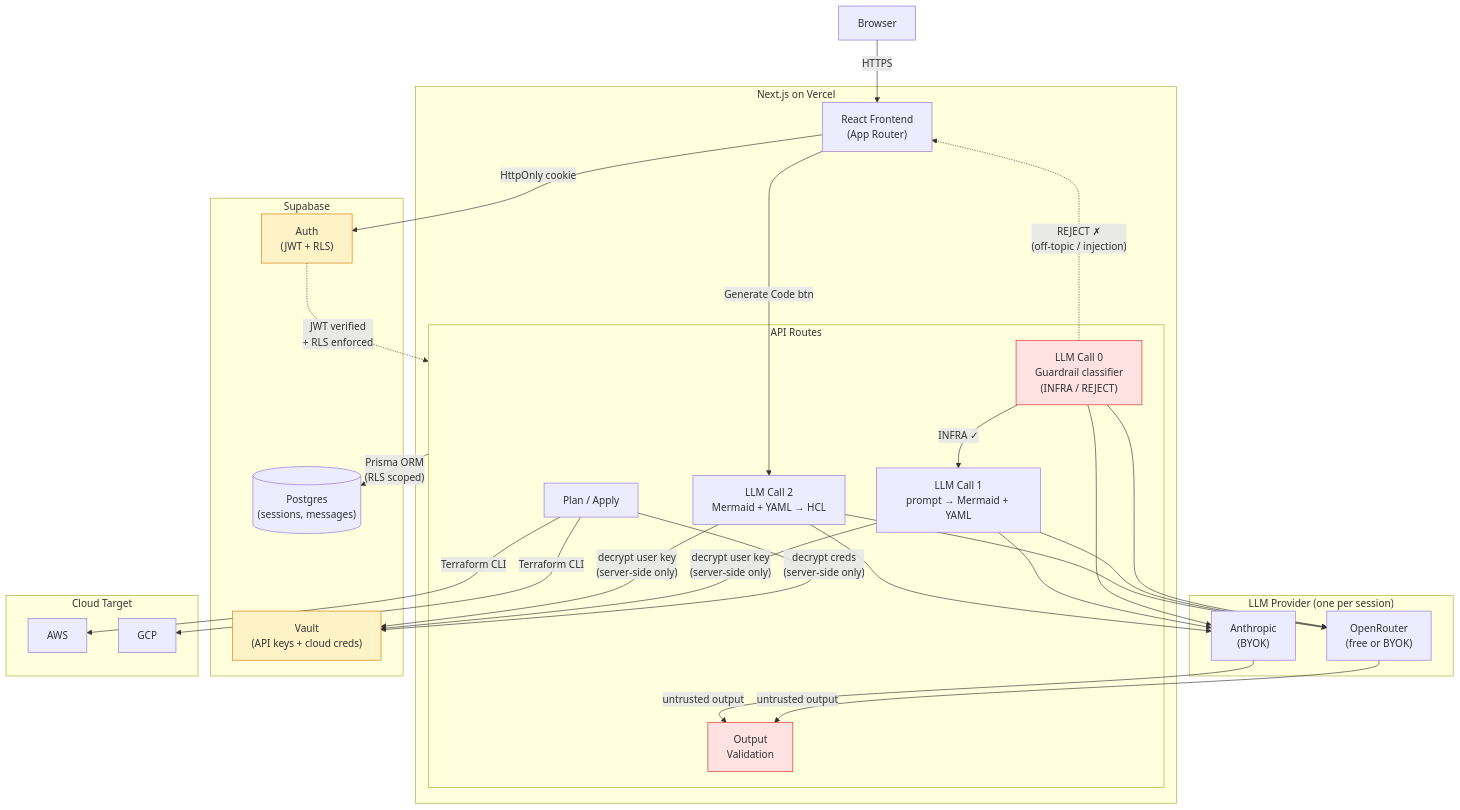
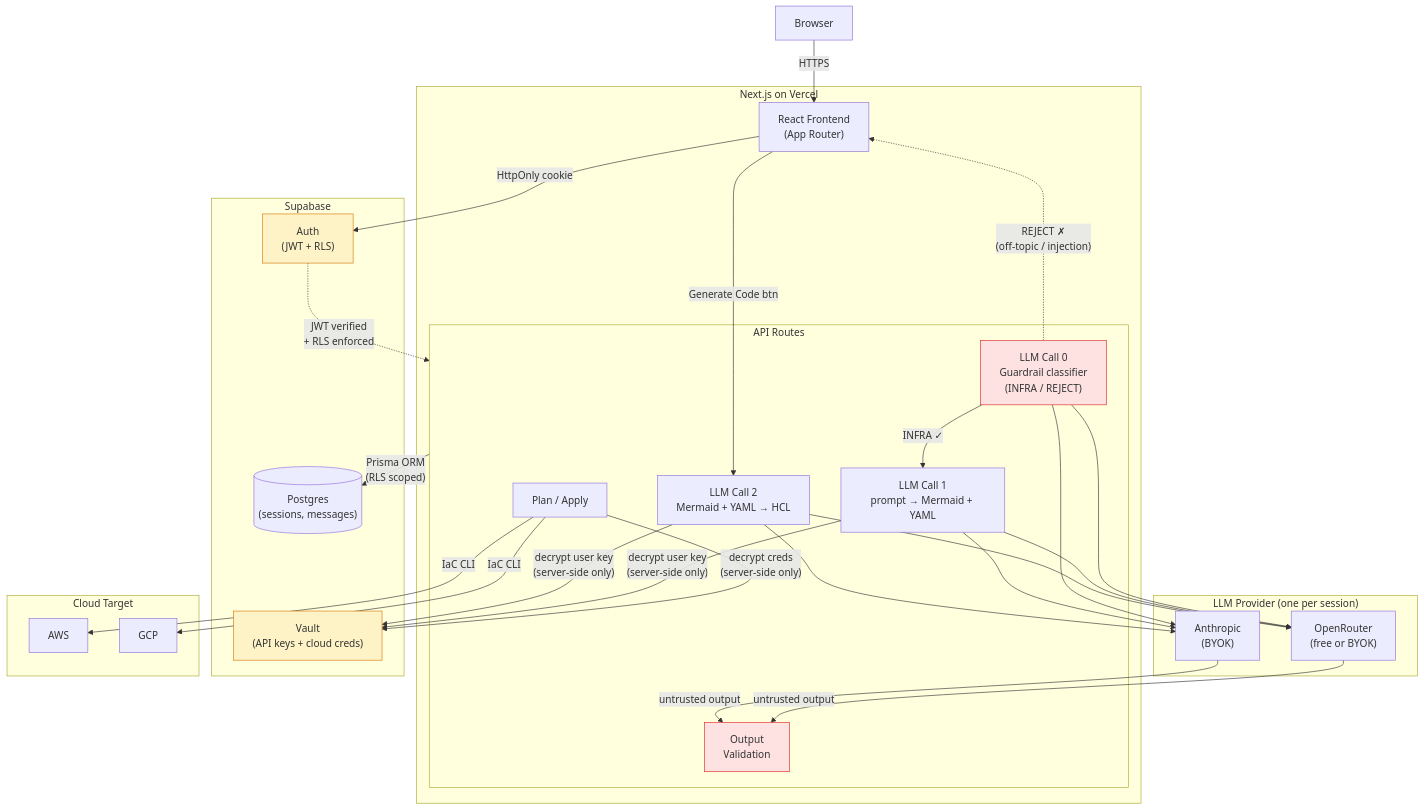
One commit to tttennnnn/conjure changed the diagram in README.md. Above: the diagram before and after it, drawn with Mermaid. The commit also changed other lines of this file and 3 other files, not shown here.

````diff
--- a/README.md
+++ b/README.md
@@ -67,52 +67,52 @@
 ```mermaid
 graph TD
     User[Browser]
 
     subgraph Vercel["Next.js on Vercel"]
         FE["React Frontend\n(App Router)"]
 
         subgraph API["API Routes"]
             Guardrails["LLM Call 0\nGuardrail classifier\n(INFRA / REJECT)"]
             Call1["LLM Call 1\nprompt → Mermaid + YAML"]
             Call2["LLM Call 2\nMermaid + YAML → HCL"]
             Validate["Output\nValidation"]
             Deploy["Plan / Apply"]
         end
     end
 
     subgraph LLM["LLM Provider (one per session)"]
         OR["OpenRouter\n(free or BYOK)"]
         Anthropic["Anthropic\n(BYOK)"]
     end
 
     subgraph SB["Supabase"]
         DB[("Postgres\n(sessions, messages)")]
         Auth["Auth\n(JWT + RLS)"]
         Vault["Vault\n(API keys + cloud creds)"]
     end
 
     subgraph Cloud["Cloud Target"]
         AWS["AWS"]
         GCP["GCP"]
     end
 
     User -- "HTTPS" --> FE
     FE -- "HttpOnly cookie" --> Auth
     Auth -. "JWT verified\n+ RLS enforced" .-> API
     Guardrails -- "INFRA ✓" --> Call1
     Guardrails -. "REJECT ✗\n(off-topic / injection)" .-> FE
     Guardrails --> OR & Anthropic
     Call1 --> OR & Anthropic
     Call2 --> OR & Anthropic
     OR & Anthropic -- "untrusted output" --> Validate
     FE -- "Generate Code btn" --> Call2
-    Deploy -- "Terraform CLI" --> AWS & GCP
+    Deploy -- "IaC CLI" --> AWS & GCP
     Deploy -- "decrypt creds\n(server-side only)" --> Vault
     API -- "Prisma ORM\n(RLS scoped)" --> DB
     Call1 & Call2 -- "decrypt user key\n(server-side only)" --> Vault
 
     style Auth fill:#fef3c7,stroke:#d97706
     style Vault fill:#fef3c7,stroke:#d97706
     style Guardrails fill:#fee2e2,stroke:#dc2626
     style Validate fill:#fee2e2,stroke:#dc2626
 ```
````
